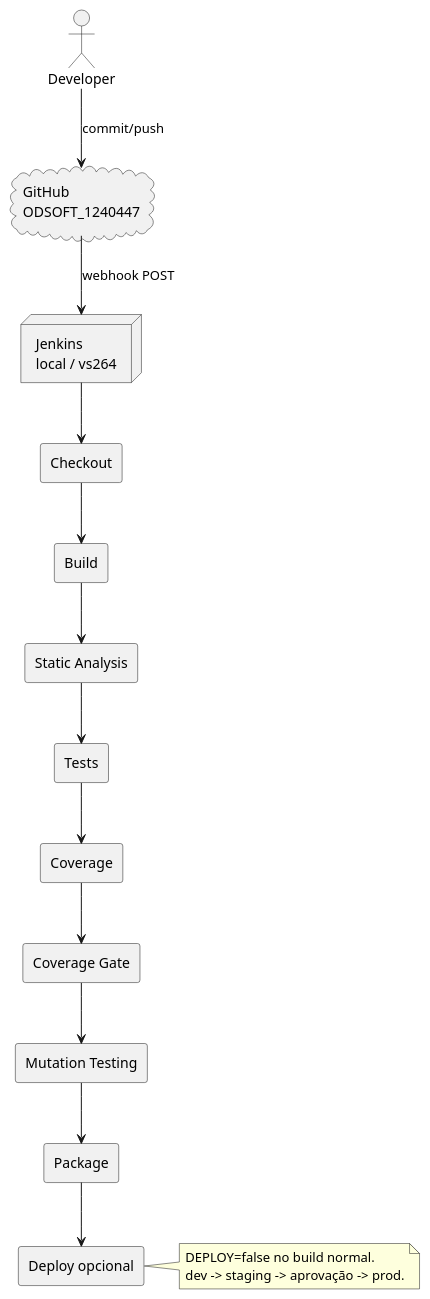
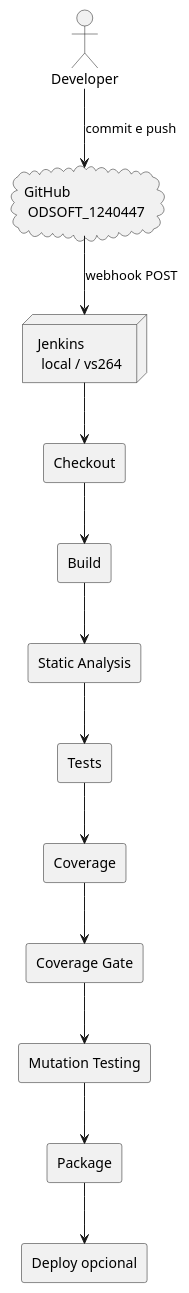
The diagram in Docs/pipeline.puml (OliveiraDiogo1/ODSOFT_1240447), drawn with PlantUML before and after one commit. The commit also changed 7 other files, not shown here.

```diff
--- a/Docs/pipeline.puml
+++ b/Docs/pipeline.puml
@@ -1,33 +1,28 @@
 @startuml
 actor "Developer" as Dev
-cloud "GitHub\nODSOFT_1240447" as GitHub
-node "Jenkins\nlocal / vs264" as Jenkins
+cloud "GitHub\n ODSOFT_1240447" as GitHub
+node "Jenkins\n local / vs264" as Jenkins
 
 rectangle "Checkout" as Checkout
 rectangle "Build" as Build
 rectangle "Static Analysis" as Static
 rectangle "Tests" as Tests
 rectangle "Coverage" as Coverage
 rectangle "Coverage Gate" as Gate
 rectangle "Mutation Testing" as Mutation
 rectangle "Package" as Package
 rectangle "Deploy opcional" as Deploy
 
-Dev --> GitHub : commit/push
+Dev --> GitHub : commit e push
 GitHub --> Jenkins : webhook POST
 Jenkins --> Checkout
 Checkout --> Build
 Build --> Static
 Static --> Tests
 Tests --> Coverage
 Coverage --> Gate
 Gate --> Mutation
 Mutation --> Package
 Package --> Deploy
 
-note right of Deploy
-  DEPLOY=false no build normal.
-  dev -> staging -> aprovação -> prod.
-end note
-
 @enduml
```
